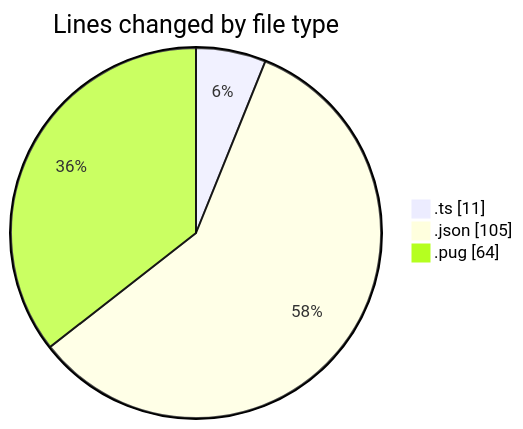
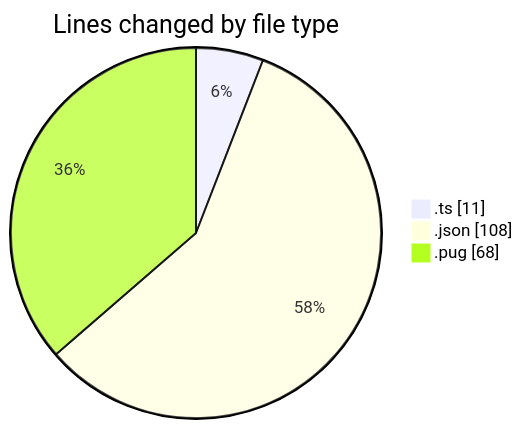
The first of 2 diagrams in 2025-02-24/cda/README.md (momahboobian/code-tracking), drawn with Mermaid before and after one commit. The commit also changed other lines of this file and 1 other file, not shown here.

Commit message:
Type: refactor Scope: cda Brief summary: Revised totalLinesRemoved and active time for 2025-02-24 in activity.json file. Modified functions: totalLinesRemoved (2025-02-24/activity.json) and active time (2025-02-24/cda/README.md). Files changed: 2025-02-24/activity.json, 2025-02-24/cda/README.md.

````diff
--- a/2025-02-24/cda/README.md
+++ b/2025-02-24/cda/README.md
@@ -26,7 +26,7 @@
 ```mermaid
 pie showData
 title Lines changed by file type
 ".ts" : 11
-".json" : 105
-".pug" : 64
+".json" : 108
+".pug" : 68
 ```
````
